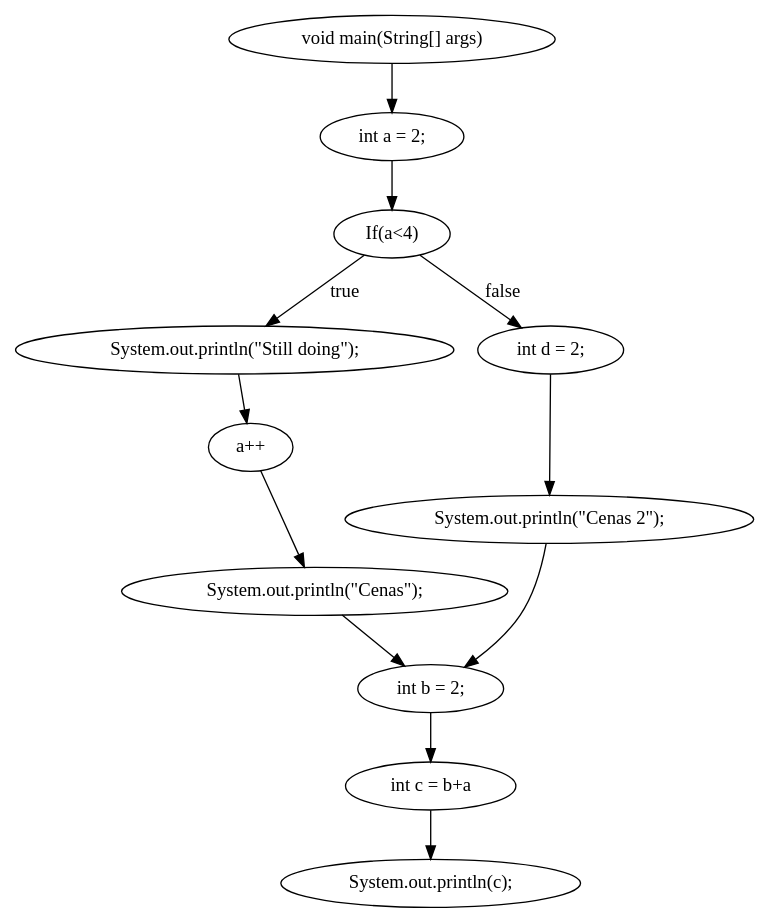
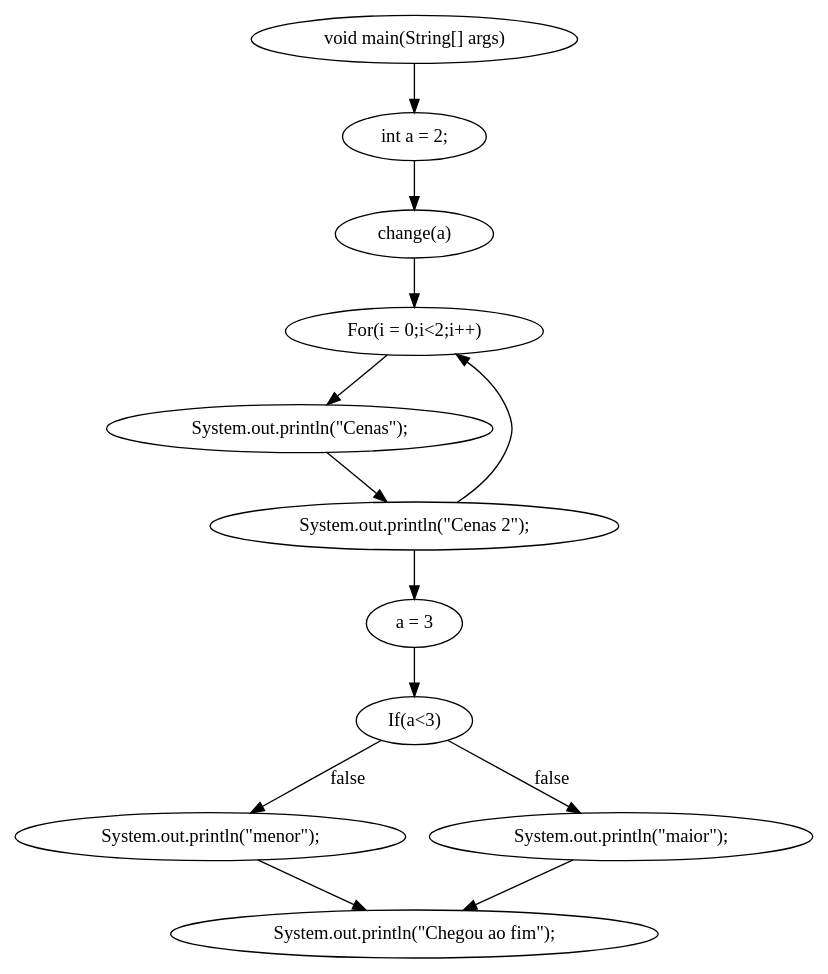
One commit to joaocarduarte/COMP changed the diagram in dotfile.dot. Above: the diagram before and after it, drawn with Graphviz. The commit also changed 4 other files, not shown here.

```diff
--- a/dotfile.dot
+++ b/dotfile.dot
@@ -1,7 +1,10 @@
 digraph graphname{
-"void main(String[] args)" -> "int a = 2;" -> "If(a<4)"
-"If(a<4)" -> "System.out.println(\"Still doing\");"[label="true"]
-"System.out.println(\"Still doing\");" -> "a++"->"System.out.println(\"Cenas\");" -> "int b = 2;"
-"If(a<4)" -> "int d = 2;"[label="false"]
-"int d = 2;" -> "System.out.println(\"Cenas 2\");"->"int b = 2;"
-"int b = 2;" -> "int c = b+a" -> "System.out.println(c);"}
+"void main(String[] args)" -> "int a = 2;" -> "change(a) " -> "For(i = 0;i<2;i++)"
+"For(i = 0;i<2;i++)" -> "System.out.println(\"Cenas\");" -> "System.out.println(\"Cenas 2\");" -> "a = 3"
+"System.out.println(\"Cenas 2\");" -> "For(i = 0;i<2;i++)"
+"a = 3" -> "If(a<3)"
+"If(a<3)" -> "System.out.println(\"menor\");"[label="false"]
+"System.out.println(\"menor\");" -> "System.out.println(\"Chegou ao fim\");"
+"If(a<3)" -> "System.out.println(\"maior\");"[label="false"]
+"System.out.println(\"maior\");" -> "System.out.println(\"Chegou ao fim\");"
+"System.out.println(\"Chegou ao fim\");"}
```
